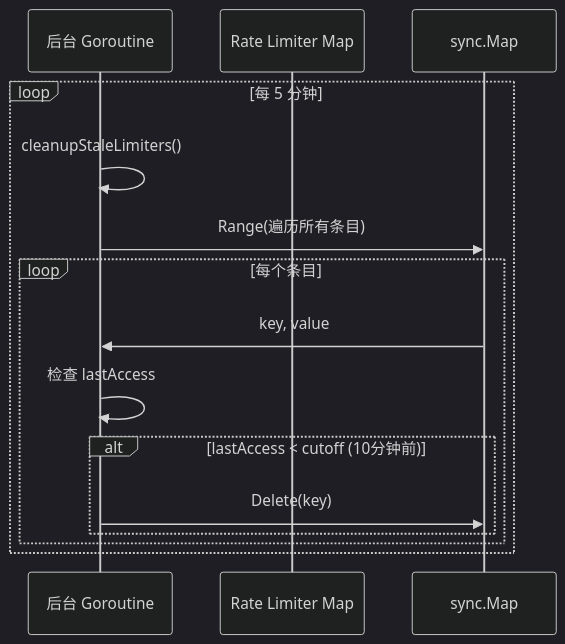
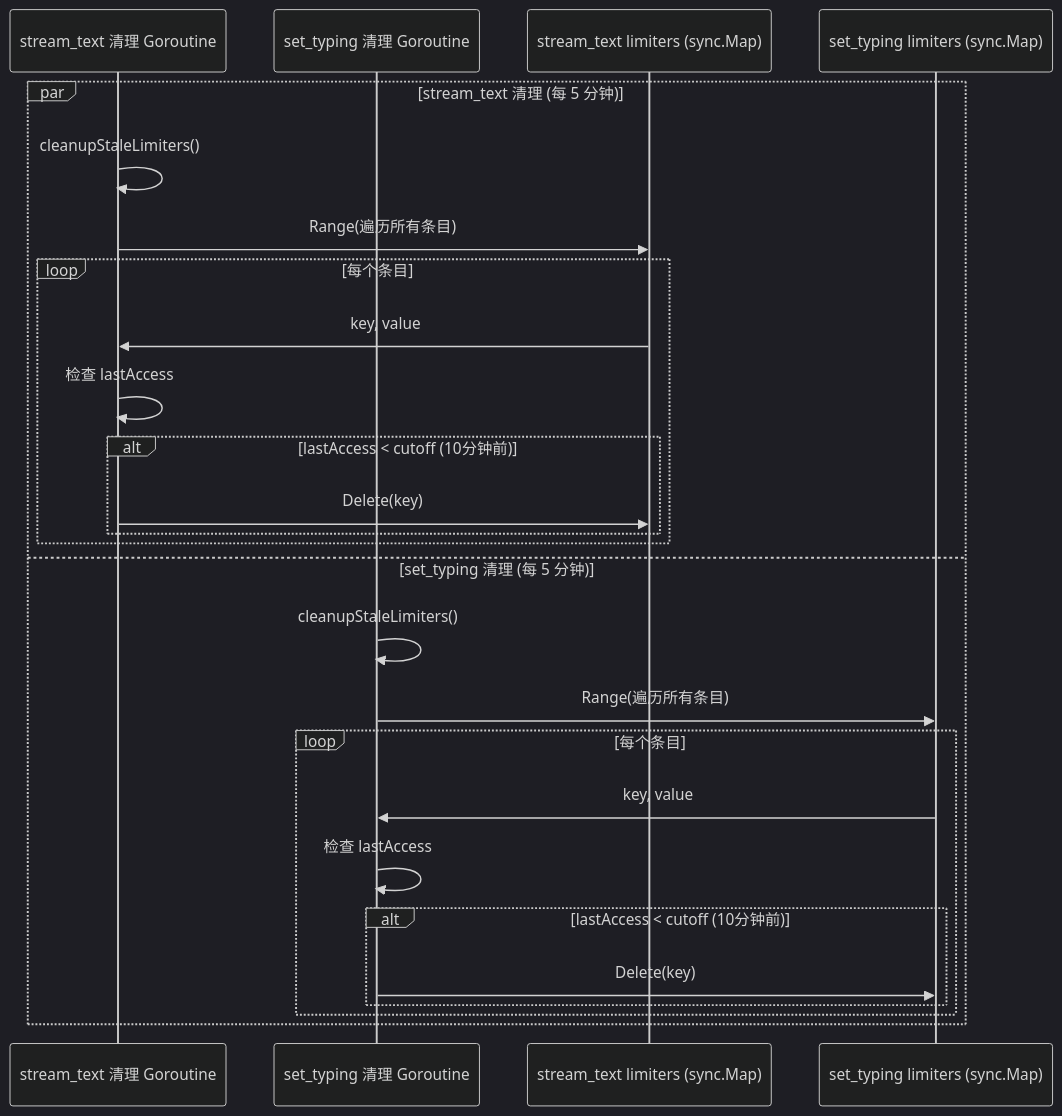
The fifth of 6 diagrams in wiki/flows/background-cleanup.md (PineappleBond/xyncra-server), drawn with Mermaid (dark theme) before and after one commit. The commit also changed other lines of this file and 21 other files, not shown here.

First line of the commit message:
docs(wiki): fix accuracy and completeness issues across all flow documents

````diff
--- a/wiki/flows/background-cleanup.md
+++ b/wiki/flows/background-cleanup.md
@@ -241,19 +279,29 @@
 ```mermaid
 sequenceDiagram
-    participant BG as 后台 Goroutine
-    participant RL as Rate Limiter Map
-    participant Map as sync.Map
+    participant BG1 as stream_text 清理 Goroutine
+    participant BG2 as set_typing 清理 Goroutine
+    participant Map1 as stream_text limiters (sync.Map)
+    participant Map2 as set_typing limiters (sync.Map)
 
-    loop 每 5 分钟
-        BG->>BG: cleanupStaleLimiters()
-        BG->>Map: Range(遍历所有条目)
-
+    par stream_text 清理 (每 5 分钟)
+        BG1->>BG1: cleanupStaleLimiters()
+        BG1->>Map1: Range(遍历所有条目)
         loop 每个条目
-            Map->>BG: key, value
-            BG->>BG: 检查 lastAccess
+            Map1->>BG1: key, value
+            BG1->>BG1: 检查 lastAccess
             alt lastAccess < cutoff (10分钟前)
-                BG->>Map: Delete(key)
+                BG1->>Map1: Delete(key)
+            end
+        end
+    and set_typing 清理 (每 5 分钟)
+        BG2->>BG2: cleanupStaleLimiters()
+        BG2->>Map2: Range(遍历所有条目)
+        loop 每个条目
+            Map2->>BG2: key, value
+            BG2->>BG2: 检查 lastAccess
+            alt lastAccess < cutoff (10分钟前)
+                BG2->>Map2: Delete(key)
             end
         end
     end
 ```
````
